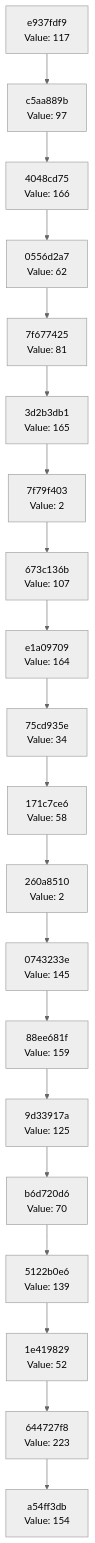
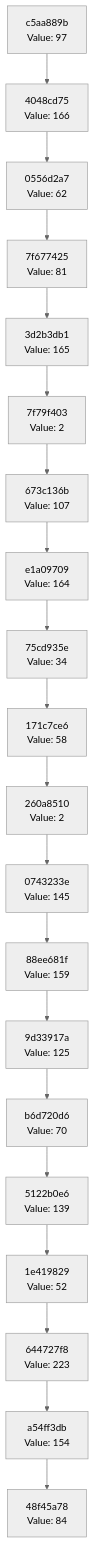
The diagram in docs/CHAIN_VISUALIZATION.md (Abhisheksinha1506/hash-chain-evolver), drawn with Mermaid (neutral theme) before and after one commit. The commit also changed 2 other files, not shown here.

Commit message:
Evolution step: hash 0x54 → action executed

````diff
--- a/docs/CHAIN_VISUALIZATION.md
+++ b/docs/CHAIN_VISUALIZATION.md
@@ -3,42 +3,42 @@
 ```mermaid
 graph TD
-    C0["a54ff3db<br/>Value: 154"]
-    C1["644727f8<br/>Value: 223"]
+    C0["48f45a78<br/>Value: 84"]
+    C1["a54ff3db<br/>Value: 154"]
     C1 --> C0
-    C2["1e419829<br/>Value: 52"]
+    C2["644727f8<br/>Value: 223"]
     C2 --> C1
-    C3["5122b0e6<br/>Value: 139"]
+    C3["1e419829<br/>Value: 52"]
     C3 --> C2
-    C4["b6d720d6<br/>Value: 70"]
+    C4["5122b0e6<br/>Value: 139"]
     C4 --> C3
-    C5["9d33917a<br/>Value: 125"]
+    C5["b6d720d6<br/>Value: 70"]
     C5 --> C4
-    C6["88ee681f<br/>Value: 159"]
+    C6["9d33917a<br/>Value: 125"]
     C6 --> C5
-    C7["0743233e<br/>Value: 145"]
+    C7["88ee681f<br/>Value: 159"]
     C7 --> C6
-    C8["260a8510<br/>Value: 2"]
+    C8["0743233e<br/>Value: 145"]
     C8 --> C7
-    C9["171c7ce6<br/>Value: 58"]
+    C9["260a8510<br/>Value: 2"]
     C9 --> C8
-    C10["75cd935e<br/>Value: 34"]
+    C10["171c7ce6<br/>Value: 58"]
     C10 --> C9
-    C11["e1a09709<br/>Value: 164"]
+    C11["75cd935e<br/>Value: 34"]
     C11 --> C10
-    C12["673c136b<br/>Value: 107"]
+    C12["e1a09709<br/>Value: 164"]
     C12 --> C11
-    C13["7f79f403<br/>Value: 2"]
+    C13["673c136b<br/>Value: 107"]
     C13 --> C12
-    C14["3d2b3db1<br/>Value: 165"]
+    C14["7f79f403<br/>Value: 2"]
     C14 --> C13
-    C15["7f677425<br/>Value: 81"]
+    C15["3d2b3db1<br/>Value: 165"]
     C15 --> C14
-    C16["0556d2a7<br/>Value: 62"]
+    C16["7f677425<br/>Value: 81"]
     C16 --> C15
-    C17["4048cd75<br/>Value: 166"]
+    C17["0556d2a7<br/>Value: 62"]
     C17 --> C16
-    C18["c5aa889b<br/>Value: 97"]
+    C18["4048cd75<br/>Value: 166"]
     C18 --> C17
-    C19["e937fdf9<br/>Value: 117"]
+    C19["c5aa889b<br/>Value: 97"]
     C19 --> C18
 ```
````
